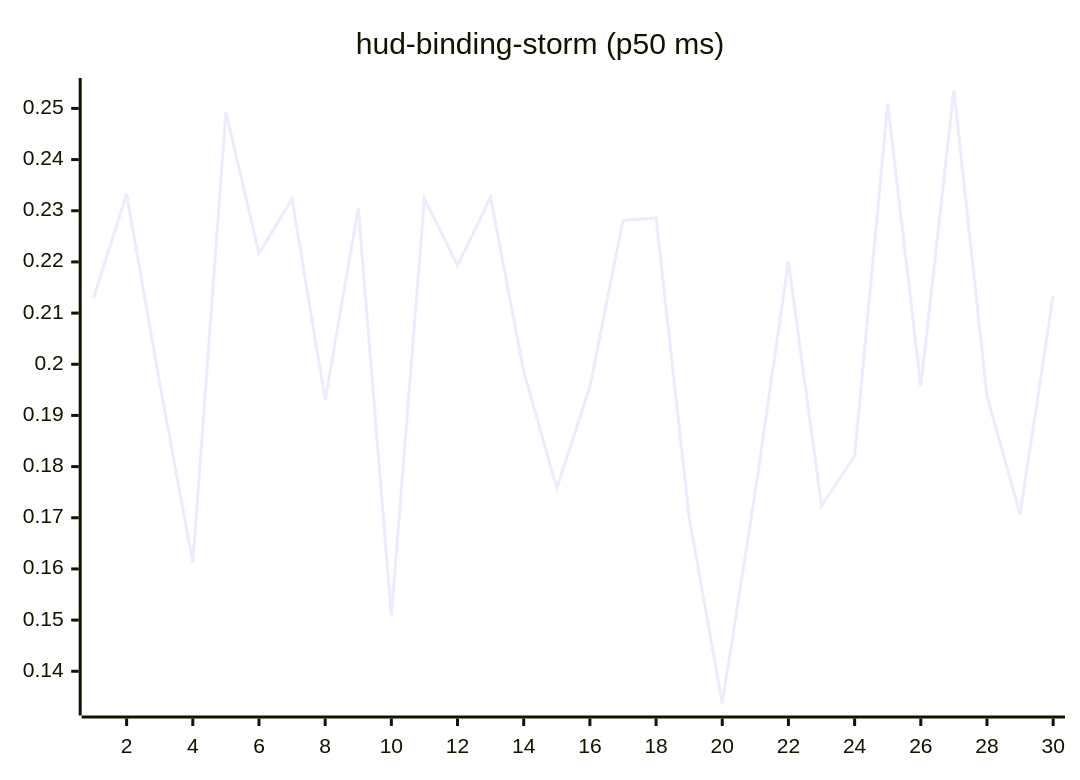
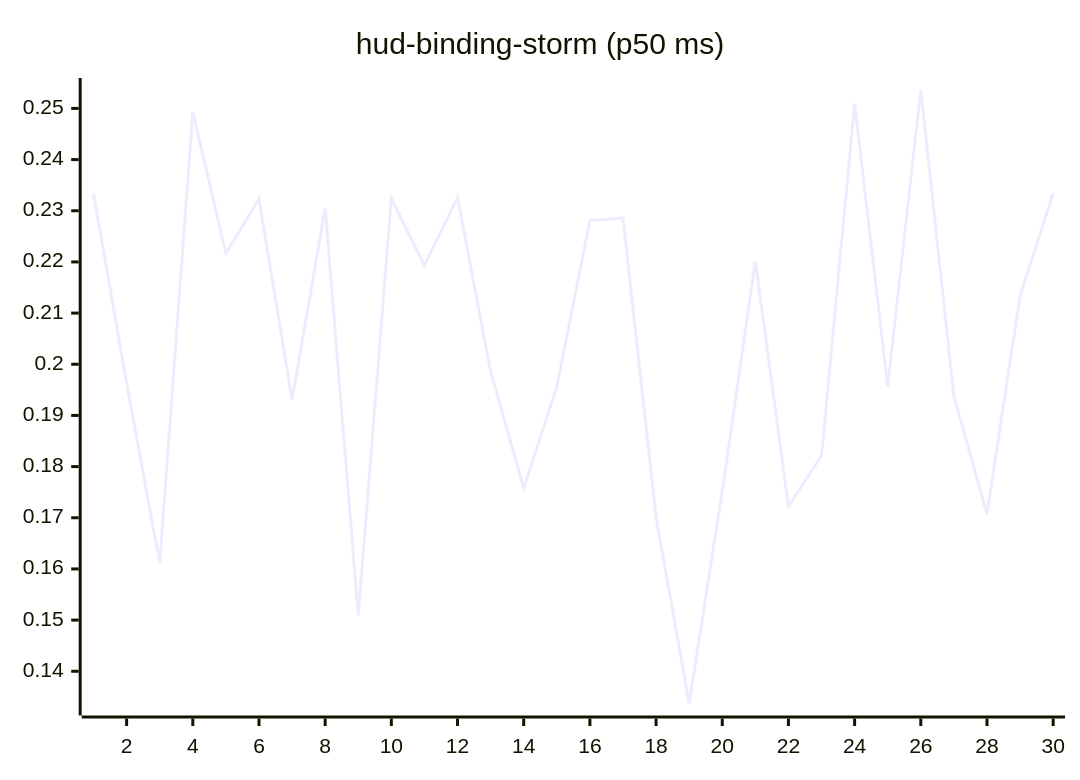
Before and after one commit to josha/Facet: the tenth of 27 diagrams in README.md, drawn with Mermaid. The commit also changed other lines of this file and 2 other files, not shown here.

````diff
--- a/README.md
+++ b/README.md
@@ -126,6 +126,6 @@
 ```mermaid
 xychart-beta
     title "hud-binding-storm (p50 ms)"
     x-axis 1 --> 30
-    line [0.2129, 0.2333, 0.1963, 0.1612, 0.2493, 0.2217, 0.2323, 0.1930, 0.2305, 0.1509, 0.2324, 0.2193, 0.2326, 0.1986, 0.1758, 0.1956, 0.2281, 0.2286, 0.1701, 0.1337, 0.1752, 0.2201, 0.1723, 0.1821, 0.2510, 0.1957, 0.2536, 0.1938, 0.1707, 0.2134]
+    line [0.2333, 0.1963, 0.1612, 0.2493, 0.2217, 0.2323, 0.1930, 0.2305, 0.1509, 0.2324, 0.2193, 0.2326, 0.1986, 0.1758, 0.1956, 0.2281, 0.2286, 0.1701, 0.1337, 0.1752, 0.2201, 0.1723, 0.1821, 0.2510, 0.1957, 0.2536, 0.1938, 0.1707, 0.2134, 0.2334]
 ```
````
